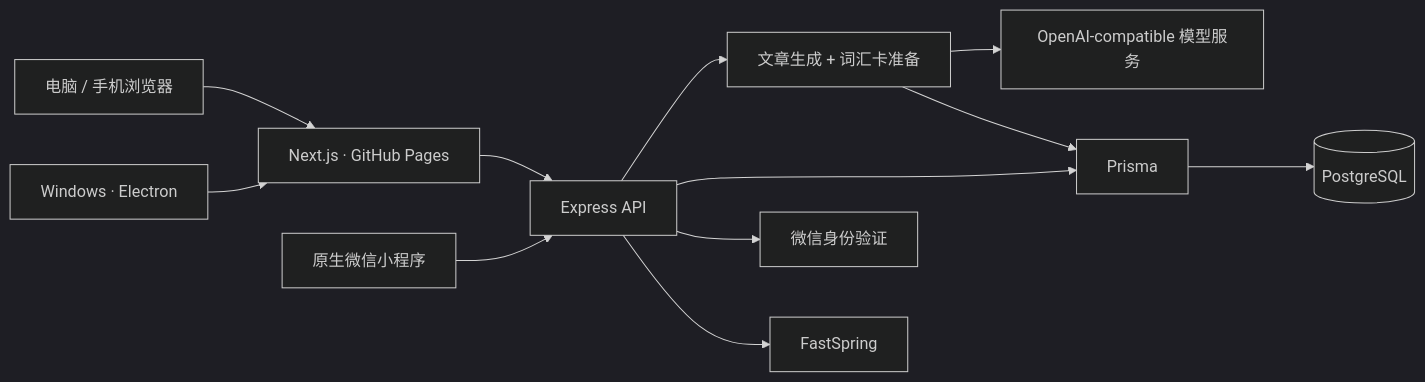
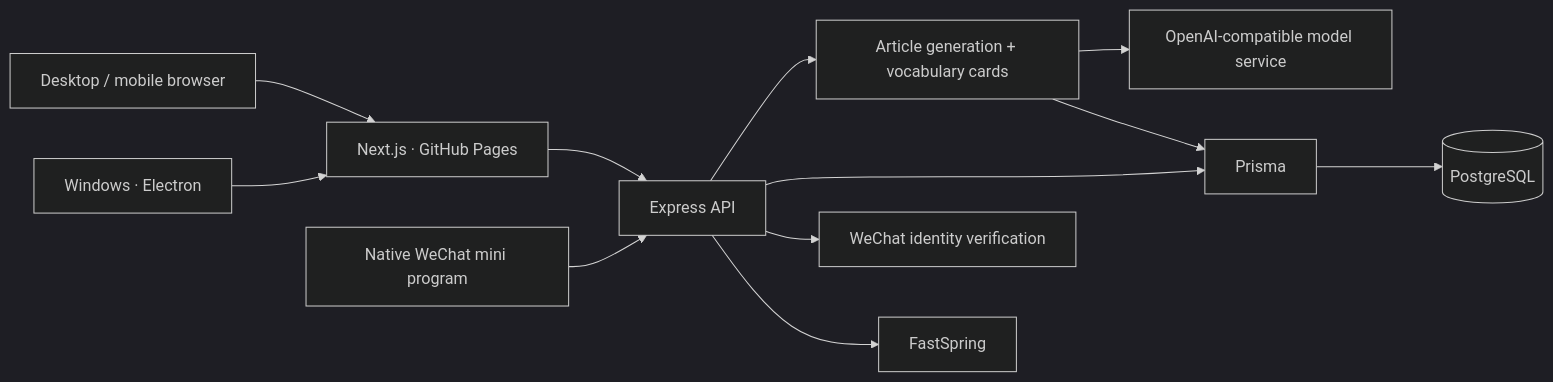
The diagram in README.md (YanYihann/Texta), drawn with Mermaid (dark theme) before and after one commit. The commit also changed other lines of this file and 2 other files, not shown here.

````diff
--- a/README.md
+++ b/README.md
@@ -157,14 +159,14 @@
 ```mermaid
 flowchart LR
-  Browser["电脑 / 手机浏览器"] --> Web["Next.js · GitHub Pages"]
+  Browser["Desktop / mobile browser"] --> Web["Next.js · GitHub Pages"]
   Desktop["Windows · Electron"] --> Web
   Web --> API["Express API"]
-  Mini["原生微信小程序"] --> API
-  API --> Generation["文章生成 + 词汇卡准备"]
-  Generation --> Model["OpenAI-compatible 模型服务"]
+  Mini["Native WeChat mini program"] --> API
+  API --> Generation["Article generation + vocabulary cards"]
+  Generation --> Model["OpenAI-compatible model service"]
   API --> Prisma["Prisma"]
   Generation --> Prisma
   Prisma --> DB[(PostgreSQL)]
-  API --> WeChat["微信身份验证"]
+  API --> WeChat["WeChat identity verification"]
   API --> Payment["FastSpring"]
 ```
````
